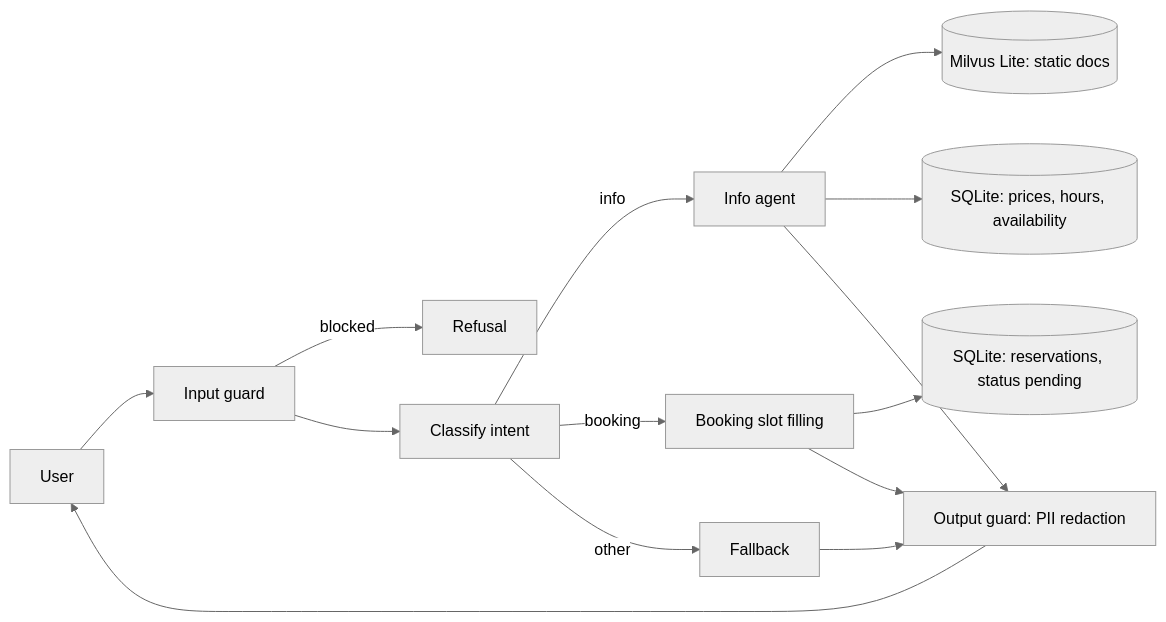
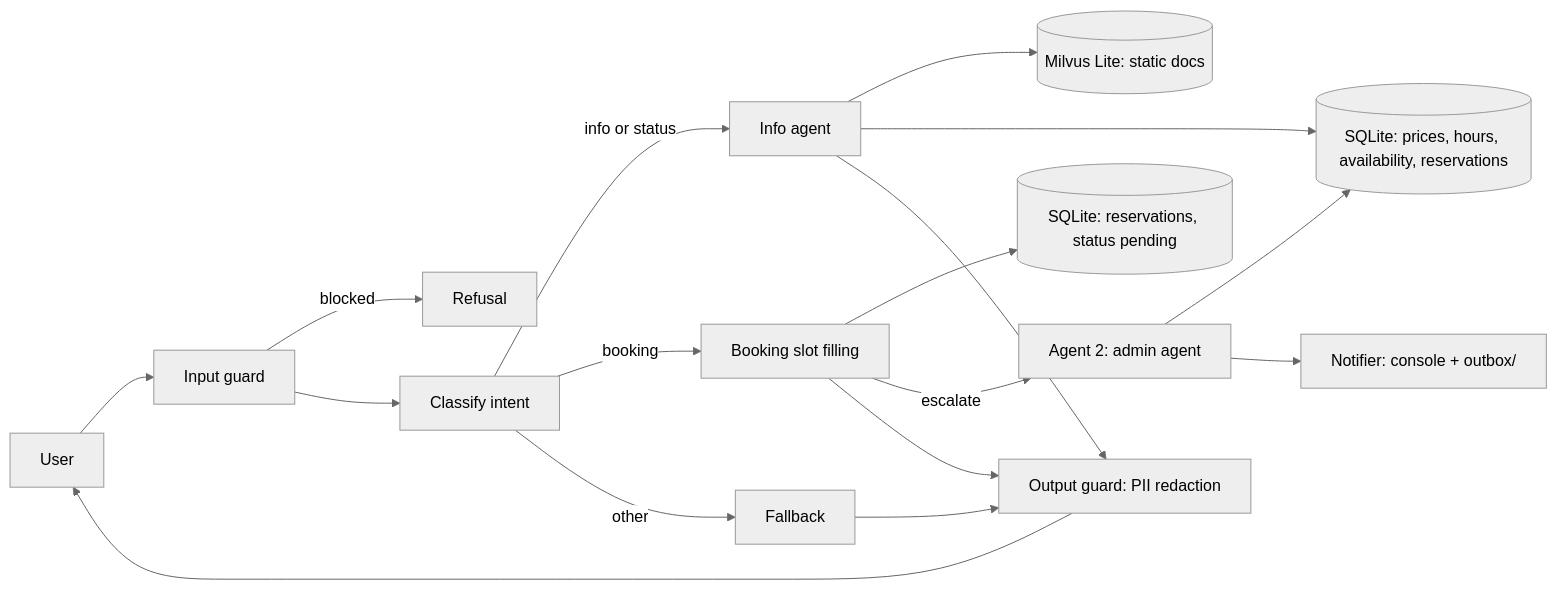
One commit to Sandro-Chopikashvili/Chatbot-for-Parking-Space-Reservation changed the first of 2 diagrams in README.md. Above: the diagram before and after it, drawn with Mermaid (neutral theme). The commit also changed other lines of this file and 18 other files, not shown here.

Commit message:
Stage 2: admin agent and REST approval API

````diff
--- a/README.md
+++ b/README.md
@@ -10,16 +14,19 @@
 ```mermaid
 flowchart LR
     U[User] --> IG[Input guard]
     IG -->|blocked| END1[Refusal]
     IG --> CI[Classify intent]
-    CI -->|info| INFO[Info agent]
+    CI -->|info or status| INFO[Info agent]
     CI -->|booking| BK[Booking slot filling]
     CI -->|other| FB[Fallback]
     INFO --> VDB[(Milvus Lite: static docs)]
-    INFO --> SQL[(SQLite: prices, hours, availability)]
+    INFO --> SQL[(SQLite: prices, hours, availability, reservations)]
     BK --> RES[(SQLite: reservations, status pending)]
+    BK -->|escalate| A2[Agent 2: admin agent]
+    A2 --> SQL
+    A2 --> NOTIF[Notifier: console + outbox/]
     INFO --> OG[Output guard: PII redaction]
     BK --> OG
     FB --> OG
     OG --> U
 ```
````
